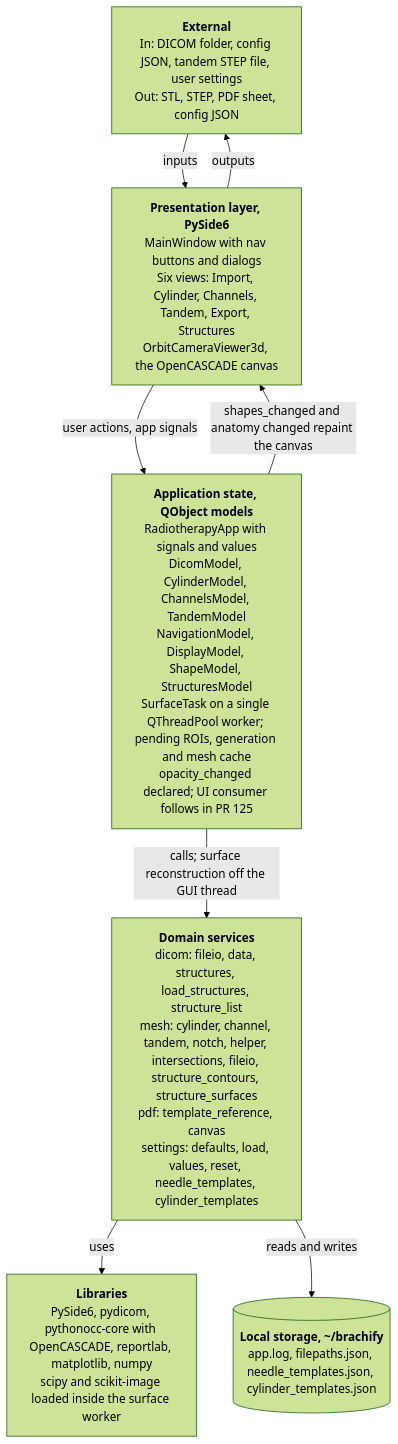
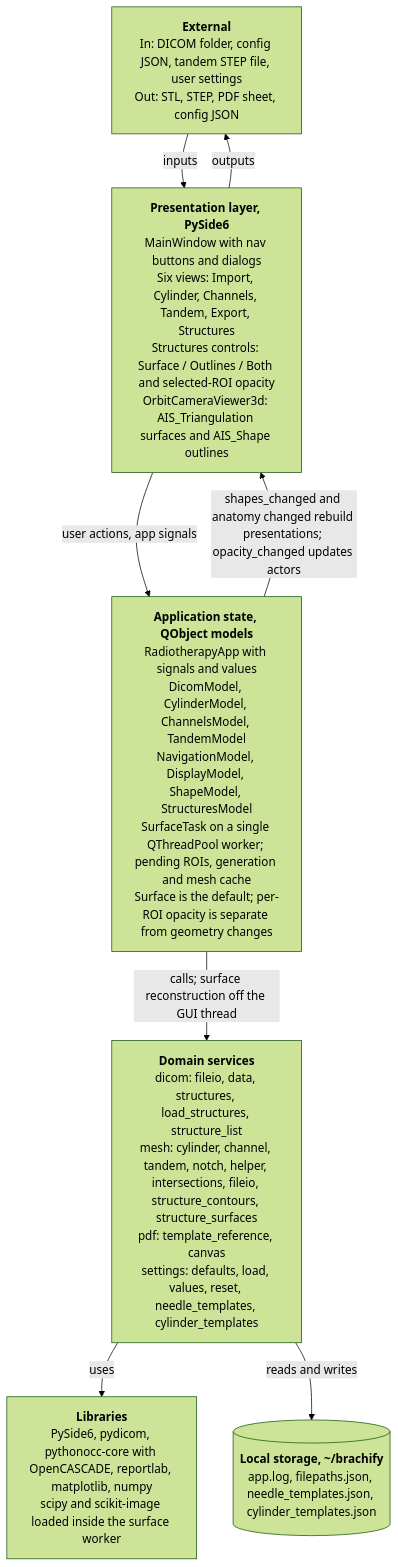
One commit to COSC-499-W2026/capstone-project-team-10 changed the diagram in docs/architecture/diagrams/system-architecture.mmd. Above: the diagram before and after it, drawn with Mermaid (forest theme). The commit also changed 2 other files, not shown here.

Commit message:
docs: map surface display controls and opacity updates

```diff
--- a/docs/architecture/diagrams/system-architecture.mmd
+++ b/docs/architecture/diagrams/system-architecture.mmd
@@ -1,17 +1,17 @@
 %% title: System architecture
 %% alt: System architecture of brachify, a layered desktop application with a presentation layer, application state, domain services, third party libraries and local storage
 flowchart TB
   ext["<b>External</b><br/>In: DICOM folder, config JSON, tandem STEP file, user settings<br/>Out: STL, STEP, PDF sheet, config JSON"]
-  pres["<b>Presentation layer, PySide6</b><br/>MainWindow with nav buttons and dialogs<br/>Six views: Import, Cylinder, Channels, Tandem, Export, Structures<br/>OrbitCameraViewer3d, the OpenCASCADE canvas"]
-  state["<b>Application state, QObject models</b><br/>RadiotherapyApp with signals and values<br/>DicomModel, CylinderModel, ChannelsModel, TandemModel<br/>NavigationModel, DisplayModel, ShapeModel, StructuresModel<br/>SurfaceTask on a single QThreadPool worker; pending ROIs, generation and mesh cache<br/>opacity_changed declared; UI consumer follows in PR 125"]
+  pres["<b>Presentation layer, PySide6</b><br/>MainWindow with nav buttons and dialogs<br/>Six views: Import, Cylinder, Channels, Tandem, Export, Structures<br/>Structures controls: Surface / Outlines / Both and selected-ROI opacity<br/>OrbitCameraViewer3d: AIS_Triangulation surfaces and AIS_Shape outlines"]
+  state["<b>Application state, QObject models</b><br/>RadiotherapyApp with signals and values<br/>DicomModel, CylinderModel, ChannelsModel, TandemModel<br/>NavigationModel, DisplayModel, ShapeModel, StructuresModel<br/>SurfaceTask on a single QThreadPool worker; pending ROIs, generation and mesh cache<br/>Surface is the default; per-ROI opacity is separate from geometry changes"]
   domain["<b>Domain services</b><br/>dicom: fileio, data, structures, load_structures, structure_list<br/>mesh: cylinder, channel, tandem, notch, helper, intersections, fileio, structure_contours, structure_surfaces<br/>pdf: template_reference, canvas<br/>settings: defaults, load, values, reset, needle_templates, cylinder_templates"]
   lib["<b>Libraries</b><br/>PySide6, pydicom, pythonocc-core with OpenCASCADE, reportlab, matplotlib, numpy<br/>scipy and scikit-image loaded inside the surface worker"]
   disk[("<b>Local storage, ~/brachify</b><br/>app.log, filepaths.json, needle_templates.json, cylinder_templates.json")]
 
   ext -->|"inputs"| pres
   pres -->|"outputs"| ext
   pres -->|"user actions, app signals"| state
-  state -->|"shapes_changed and anatomy changed repaint the canvas"| pres
+  state -->|"shapes_changed and anatomy changed rebuild presentations; opacity_changed updates actors"| pres
   state -->|"calls; surface reconstruction off the GUI thread"| domain
   domain -->|"uses"| lib
   domain -->|"reads and writes"| disk
```
